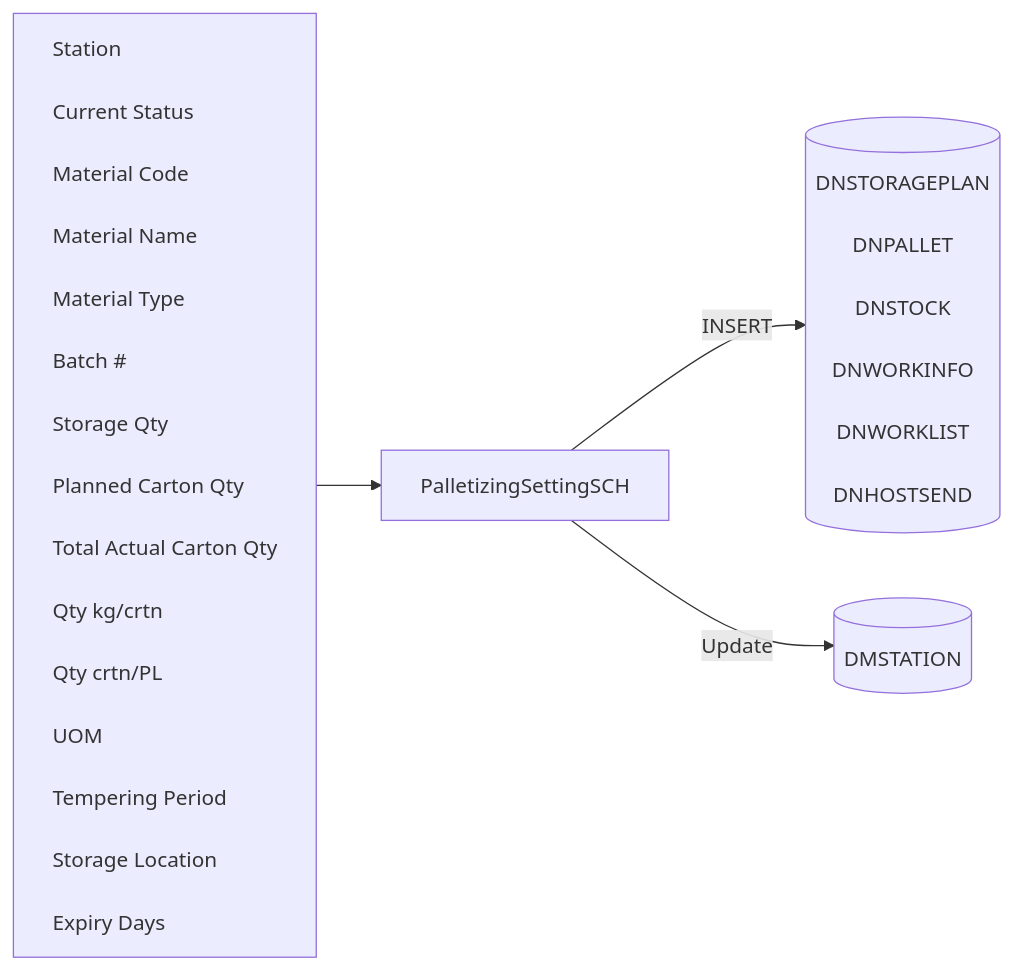
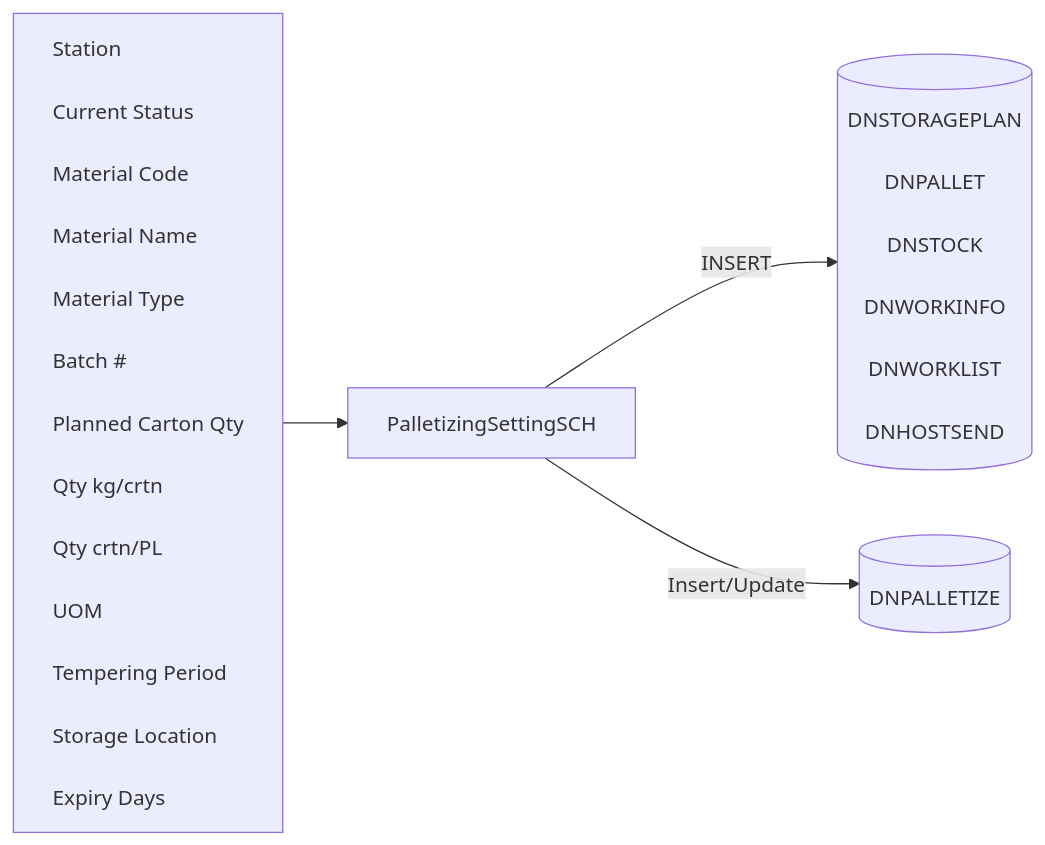
One commit to luthfiadityaa/SimeDarby-Wiki changed the diagram in Basic-Design/DFD-WMS/Storage/Palletizing-Settting/Batch-End.md. Above: the diagram before and after it, drawn with Mermaid. The commit also changed other lines of this file, not shown here.

Commit message:
Updated Batch End

```diff
--- a/Basic-Design/DFD-WMS/Storage/Palletizing-Settting/Batch-End.md
+++ b/Basic-Design/DFD-WMS/Storage/Palletizing-Settting/Batch-End.md
@@ -21,42 +21,40 @@
 ::: mermaid
 flowchart LR
     input[
         Station<br>
         Current Status<br>
         Material Code<br>
         Material Name<br>
         Material Type<br>
         Batch #<br>
-        Storage Qty<br>
         Planned Carton Qty<br>
-        Total Actual Carton Qty<br>
         Qty kg/crtn<br>
         Qty crtn/PL<br>
         UOM<br>
         Tempering Period<br>
         Storage Location<br>
         Expiry Days<br>
     ]
+
+    tableList-insert-update[("
+        DNPALLETIZE<br>
+    ")]
 
     tableList-insert[("
         DNSTORAGEPLAN<br>
         DNPALLET<br>
         DNSTOCK<br>
         DNWORKINFO<br>
         DNWORKLIST<br>
         DNHOSTSEND<br>
     ")]
 
-    tableList-update[("
-        DMSTATION
-    ")]
-
     className[PalletizingSettingSCH]
 
     input --> className --> |INSERT| tableList-insert
-    className --> |Update| tableList-update
+    className --> |Insert/Update| tableList-insert-update
 
     classDef leftAlign text-align:left;
     class input leftAlign;
 
 :::
```
